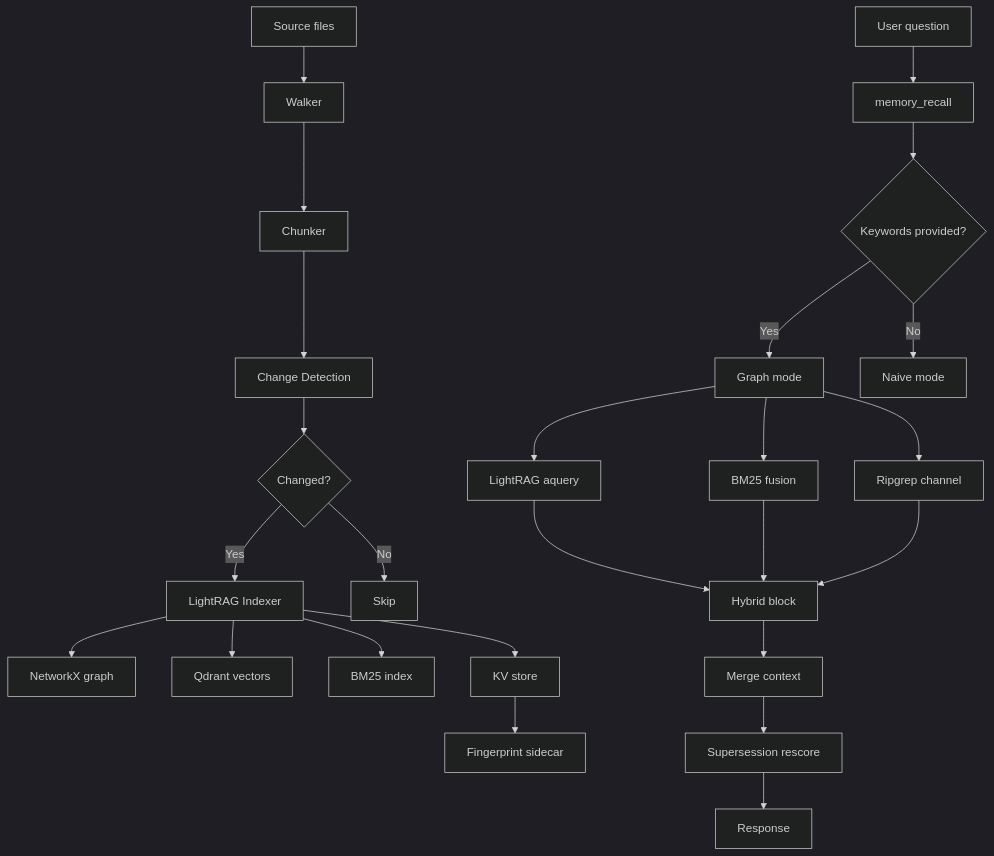
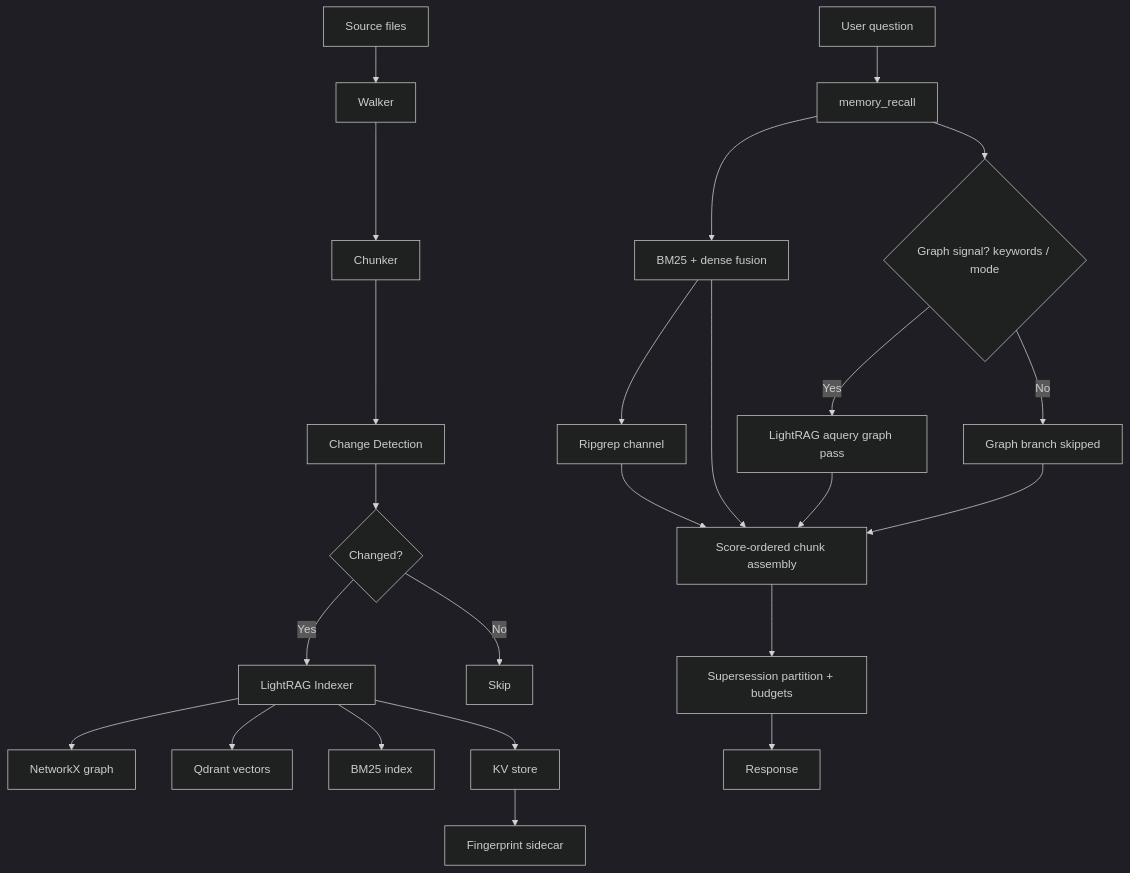
Before and after one commit to iuriimedvedev-dev/hars-longterm-memory: the diagram in docs/architecture.md, drawn with Mermaid (dark theme). The commit also changed other lines of this file and 10 other files, not shown here.

First line of the commit message:
feat(retrieval): default path runs branch 1 only; chunk-score-ordered context assembly

````diff
--- a/docs/architecture.md
+++ b/docs/architecture.md
@@ -56,28 +56,27 @@
 ```mermaid
 flowchart TD
     A[Source files] --> B[Walker]
     B --> C[Chunker]
     C --> D[Change Detection]
     D --> E{Changed?}
     E -->|Yes| F[LightRAG Indexer]
     E -->|No| G[Skip]
     F --> H[NetworkX graph]
     F --> I[Qdrant vectors]
     F --> J[BM25 index]
     F --> K[KV store]
     K --> L[Fingerprint sidecar]
 
     M[User question] --> N[memory_recall]
-    N --> O{Keywords provided?}
-    O -->|Yes| P[Graph mode]
-    O -->|No| Q[Naive mode]
-    P --> R[LightRAG aquery]
-    P --> S[BM25 fusion]
-    P --> T[Ripgrep channel]
-    R --> U[Hybrid block]
+    N --> S[BM25 + dense fusion]
+    S --> T[Ripgrep channel]
+    N --> O{Graph signal? keywords / mode}
+    O -->|Yes| R[LightRAG aquery graph pass]
+    O -->|No| Z[Graph branch skipped]
+    R --> U[Score-ordered chunk assembly]
     S --> U
     T --> U
-    U --> V[Merge context]
-    V --> W[Supersession rescore]
+    Z --> U
+    U --> W[Supersession partition + budgets]
     W --> X[Response]
 ```
````
